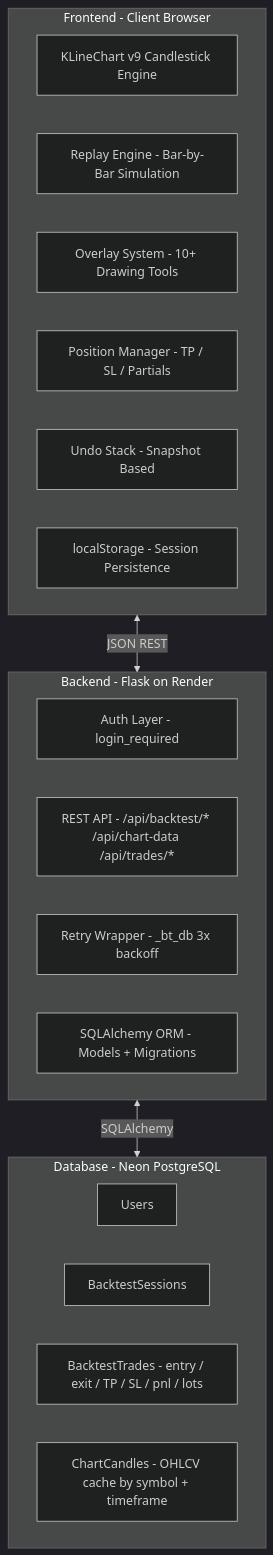
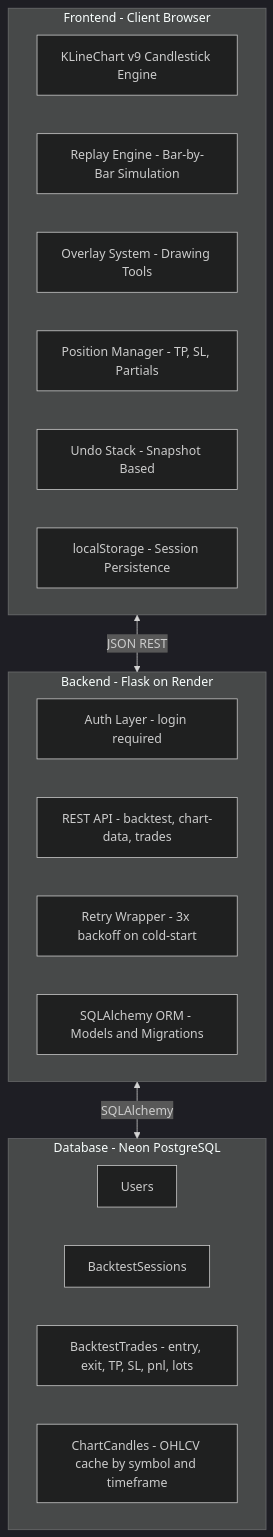
Before and after one commit to nikhiljha97/tradejournal: the second of 4 diagrams in README.md, drawn with Mermaid (dark theme). The commit also changed other lines of this file, not shown here.

Commit message:
fix: strip special chars from Mermaid labels — remove asterisks, ampersands, question marks, colon-id patterns

````diff
--- a/README.md
+++ b/README.md
@@ -111,28 +111,28 @@
 ```mermaid
 graph TB
     subgraph FE["Frontend - Client Browser"]
         KC["KLineChart v9 Candlestick Engine"]
         RE["Replay Engine - Bar-by-Bar Simulation"]
-        OL["Overlay System - 10+ Drawing Tools"]
-        PM["Position Manager - TP / SL / Partials"]
+        OL["Overlay System - Drawing Tools"]
+        PM["Position Manager - TP, SL, Partials"]
         US["Undo Stack - Snapshot Based"]
         LP["localStorage - Session Persistence"]
     end
 
     subgraph BE["Backend - Flask on Render"]
-        Auth["Auth Layer - login_required"]
-        API["REST API - /api/backtest/* /api/chart-data /api/trades/*"]
-        RET["Retry Wrapper - _bt_db 3x backoff"]
-        ORM["SQLAlchemy ORM - Models + Migrations"]
+        Auth["Auth Layer - login required"]
+        API["REST API - backtest, chart-data, trades"]
+        RET["Retry Wrapper - 3x backoff on cold-start"]
+        ORM["SQLAlchemy ORM - Models and Migrations"]
     end
 
     subgraph DB["Database - Neon PostgreSQL"]
         USR["Users"]
         SES["BacktestSessions"]
-        TRD["BacktestTrades - entry / exit / TP / SL / pnl / lots"]
-        CHT["ChartCandles - OHLCV cache by symbol + timeframe"]
+        TRD["BacktestTrades - entry, exit, TP, SL, pnl, lots"]
+        CHT["ChartCandles - OHLCV cache by symbol and timeframe"]
     end
 
     FE <-->|JSON REST| BE
     BE <-->|SQLAlchemy| DB
 ```
````
